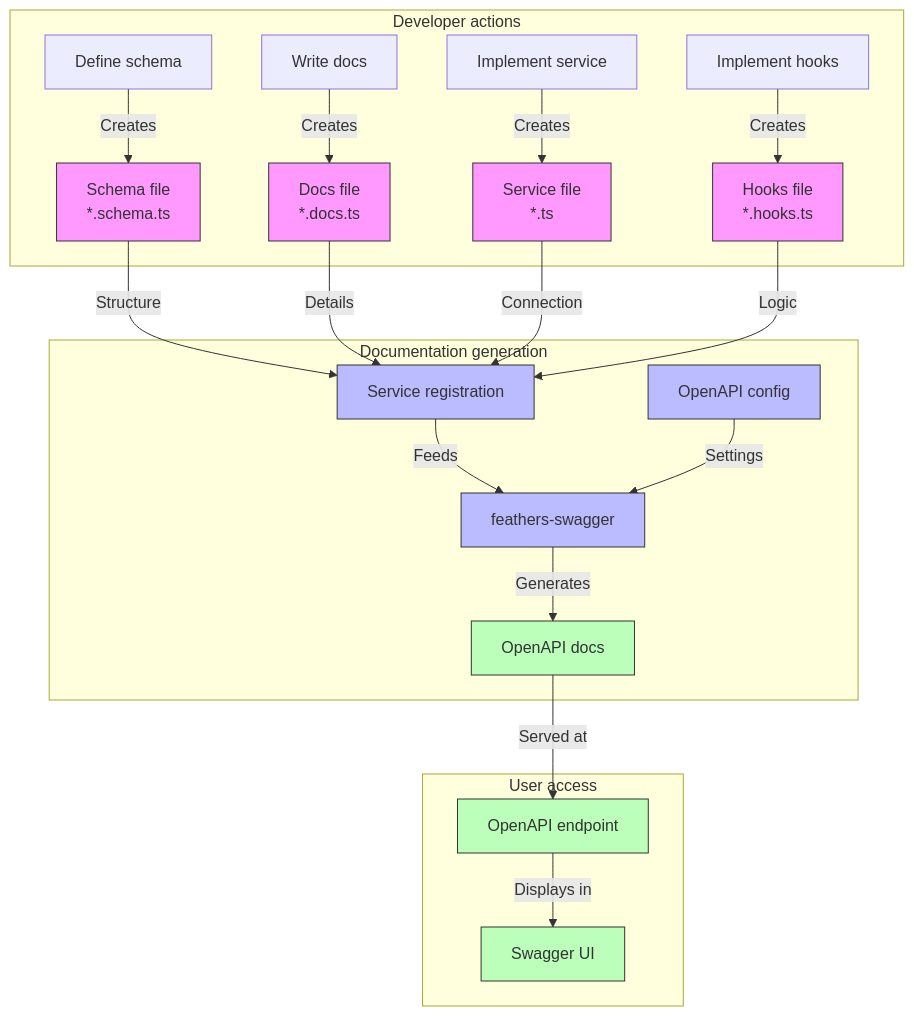
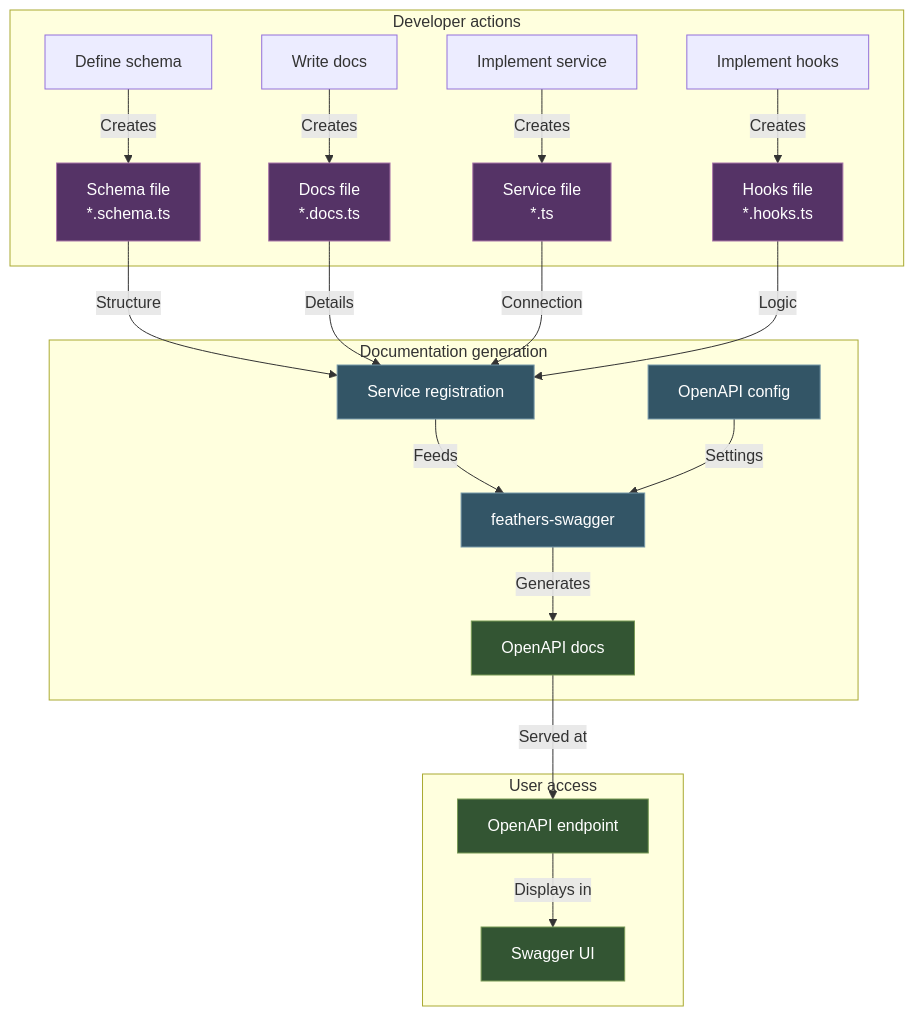
The diagram in docs/manual/03_modules/04_api/01_documentationSystem.md (ir-engine/developer-docs), drawn with Mermaid before and after one commit. The commit also changed other lines of this file and 1 other file, not shown here.

Commit message:
Reorganize API documentation files for better structure and flow

````diff
--- a/docs/manual/03_modules/04_api/01_documentationSystem.md
+++ b/docs/manual/03_modules/04_api/01_documentationSystem.md
@@ -64,32 +13,32 @@
 ```mermaid
 graph TD
     subgraph "Developer actions"
         A[Define schema] -->|Creates| B[Schema file<br>*.schema.ts]
         C[Write docs] -->|Creates| D[Docs file<br>*.docs.ts]
         E[Implement service] -->|Creates| F[Service file<br>*.ts]
         G[Implement hooks] -->|Creates| H[Hooks file<br>*.hooks.ts]
     end
 
     subgraph "Documentation generation"
         B -->|Structure| I[Service registration]
         D -->|Details| I
         F -->|Connection| I
         H -->|Logic| I
         I -->|Feeds| J[feathers-swagger]
         K[OpenAPI config] -->|Settings| J
         J -->|Generates| L[OpenAPI docs]
     end
 
     subgraph "User access"
         L -->|Served at| M["OpenAPI endpoint"]
         M -->|Displays in| N[Swagger UI]
     end
 
-    classDef files fill:#f9f,stroke:#333,stroke-width:1px;
-    classDef process fill:#bbf,stroke:#333,stroke-width:1px;
-    classDef output fill:#bfb,stroke:#333,stroke-width:1px;
+    classDef files fill:#553366,stroke:#aa77aa,stroke-width:1px,color:#ffffff;
+    classDef process fill:#335566,stroke:#7799aa,stroke-width:1px,color:#ffffff;
+    classDef output fill:#335533,stroke:#779955,stroke-width:1px,color:#ffffff;
 
     class B,D,F,H files;
     class I,J,K process;
     class L,M,N output;
 ```
````
